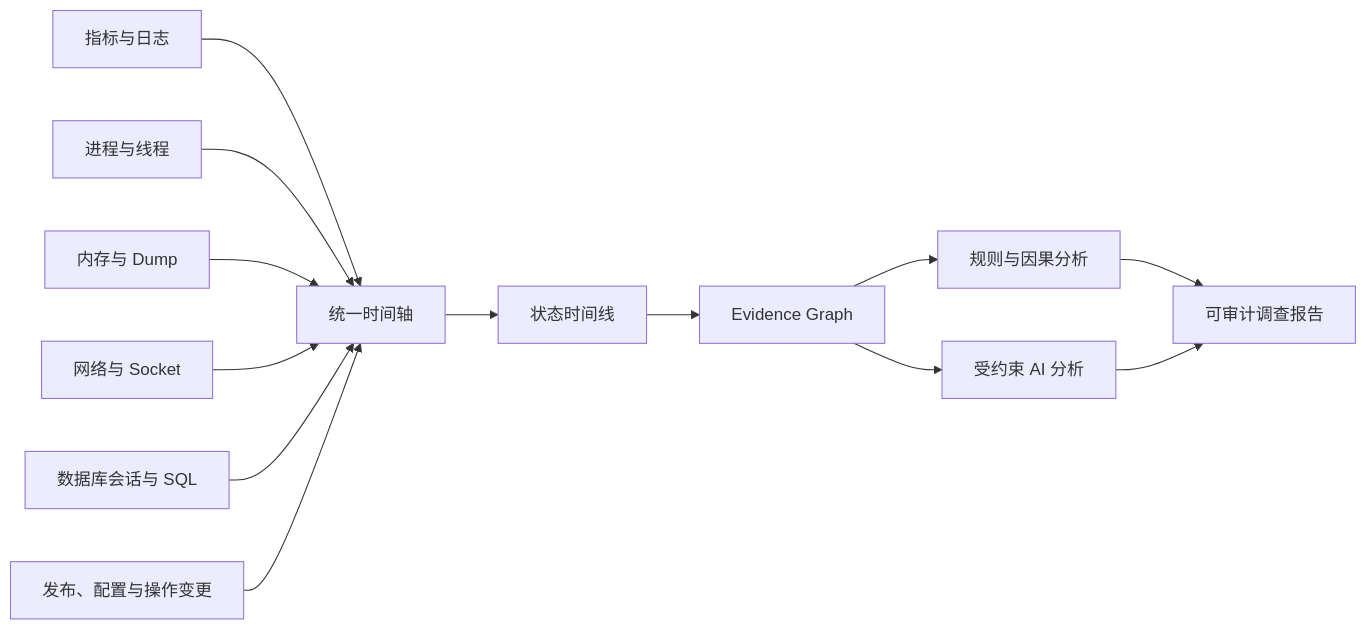
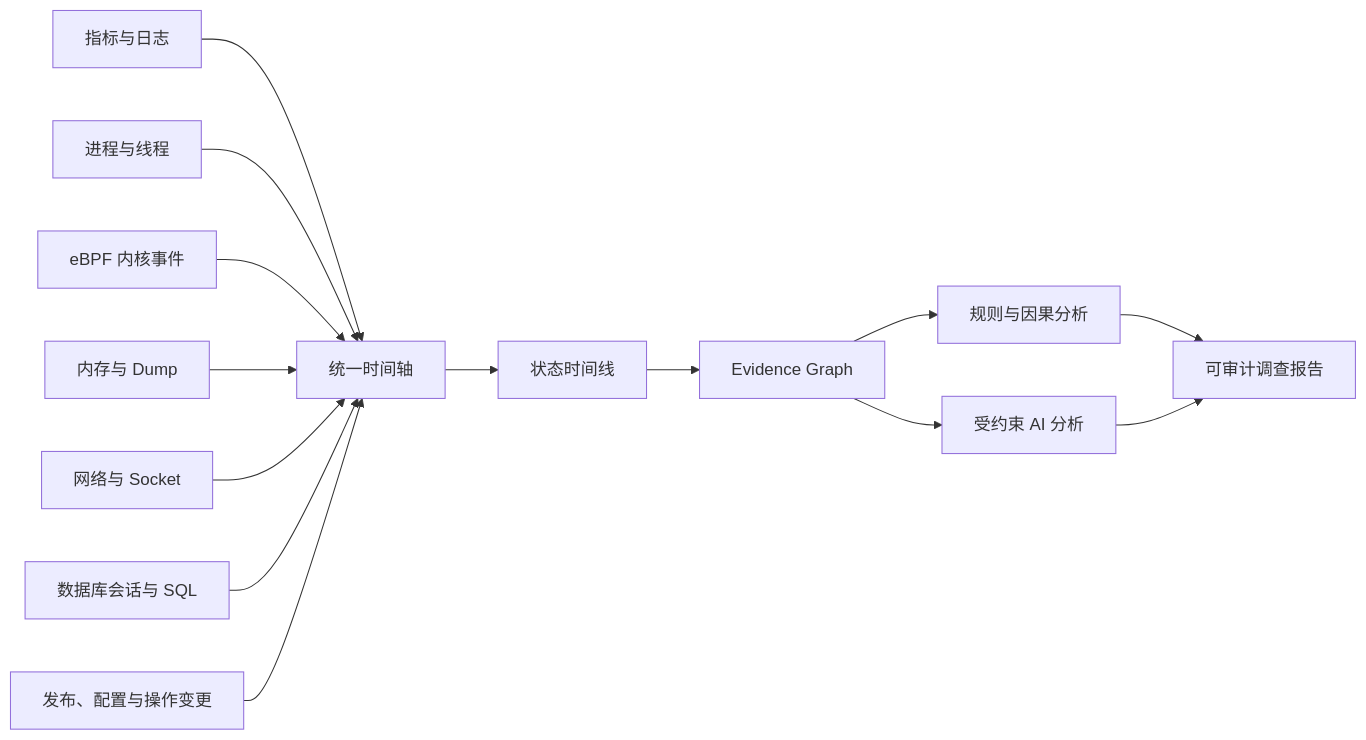
The first of 3 diagrams in README.md (pc-study/dbsleuth), drawn with Mermaid before and after one commit. The commit also changed other lines of this file and 8 other files, not shown here.

Commit message:
docs: add eBPF observability architecture

````diff
--- a/README.md
+++ b/README.md
@@ -79,15 +80,16 @@
 ```mermaid
 flowchart LR
     A["指标与日志"] --> G["统一时间轴"]
     B["进程与线程"] --> G
+    N["eBPF 内核事件"] --> G
     C["内存与 Dump"] --> G
     D["网络与 Socket"] --> G
     E["数据库会话与 SQL"] --> G
     F["发布、配置与操作变更"] --> G
     G --> H["状态时间线"]
     H --> I["Evidence Graph"]
     I --> J["规则与因果分析"]
     I --> K["受约束 AI 分析"]
     J --> L["可审计调查报告"]
     K --> L
 ```
````
